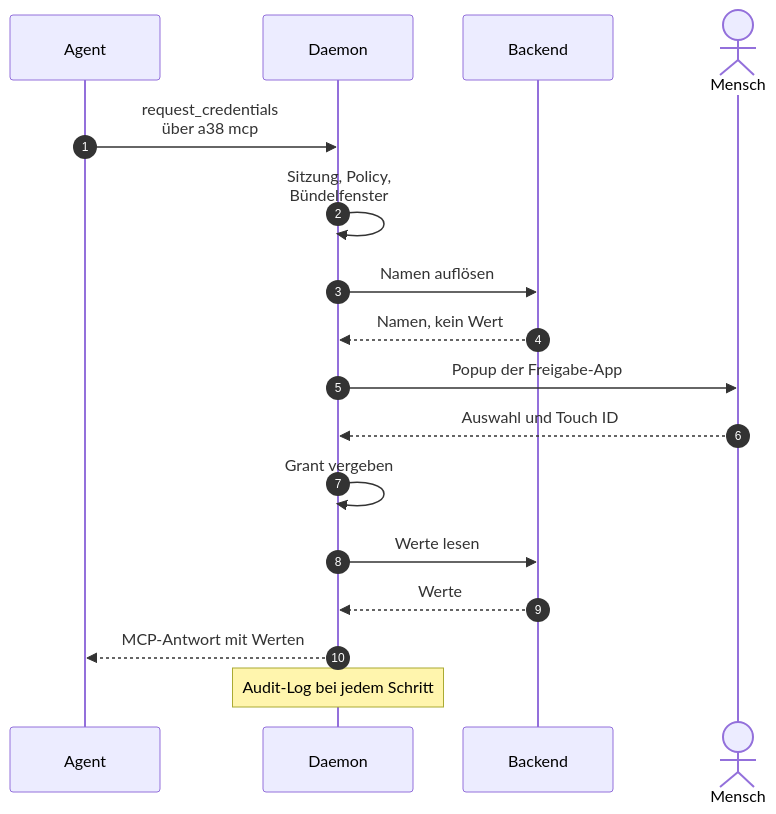
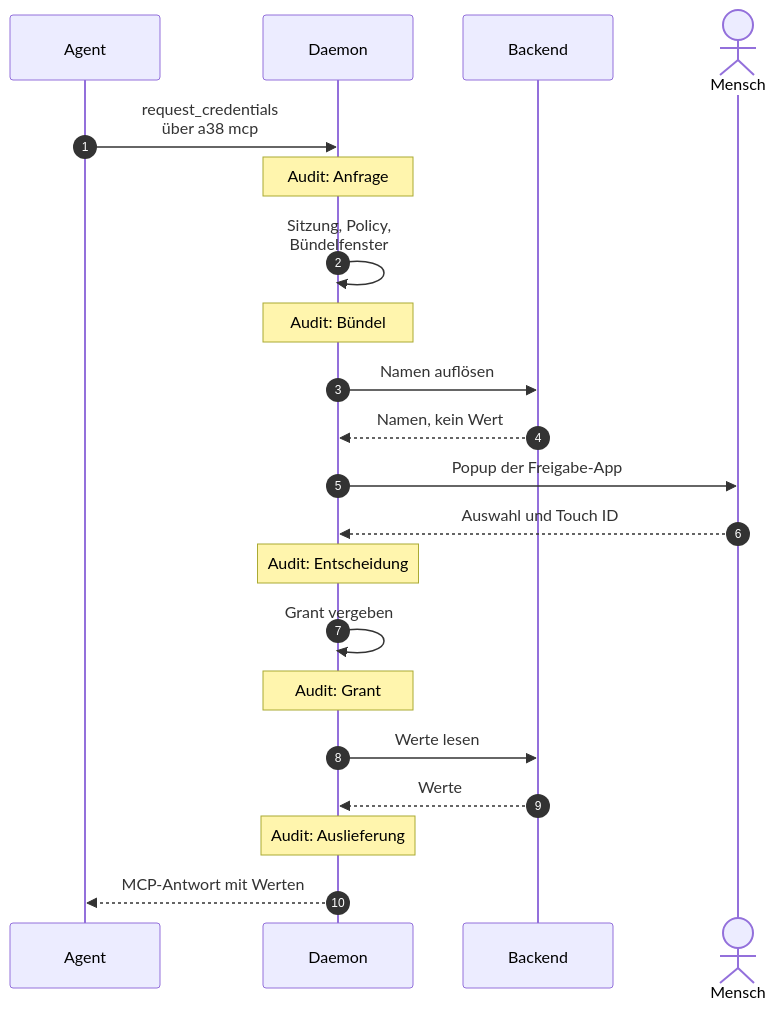
One commit to seletz/passierschein changed the diagram in docs/design/use-cases/UC1_ein-agent-fordert-zugangsdaten-an.md. Above: the diagram before and after it, drawn with Mermaid. The commit also changed other lines of this file and 15 other files, not shown here.

````diff
--- a/docs/design/use-cases/UC1_ein-agent-fordert-zugangsdaten-an.md
+++ b/docs/design/use-cases/UC1_ein-agent-fordert-zugangsdaten-an.md
@@ -23,19 +23,23 @@
 ```mermaid
 sequenceDiagram
     autonumber
     participant A as Agent
     participant D as Daemon
     participant B as Backend
     actor H as Mensch
     A->>D: request_credentials<br/>über a38 mcp
+    Note over D: Audit: Anfrage
     D->>D: Sitzung, Policy,<br/>Bündelfenster
+    Note over D: Audit: Bündel
     D->>B: Namen auflösen
     B-->>D: Namen, kein Wert
     D->>H: Popup der Freigabe-App
     H-->>D: Auswahl und Touch ID
+    Note over D: Audit: Entscheidung
     D->>D: Grant vergeben
+    Note over D: Audit: Grant
     D->>B: Werte lesen
     B-->>D: Werte
+    Note over D: Audit: Auslieferung
     D-->>A: MCP-Antwort mit Werten
-    Note over D: Audit-Log bei jedem Schritt
 ```
````
